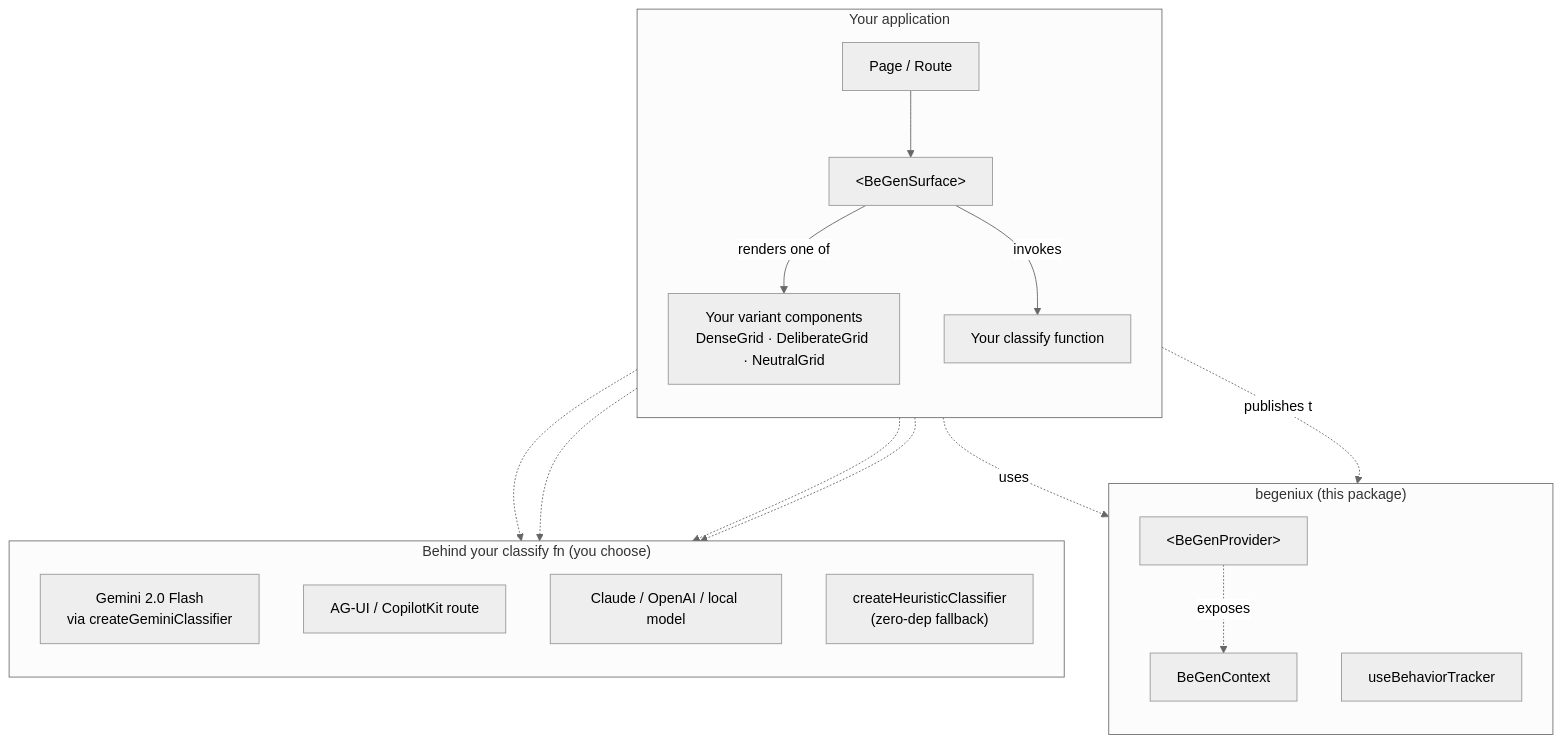
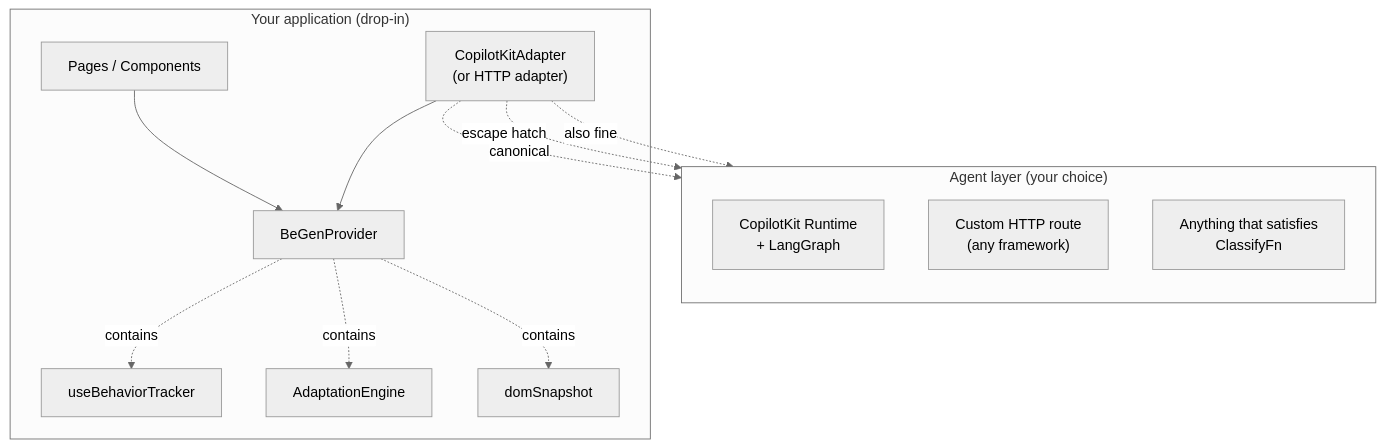
The third of 3 diagrams in README.md (WagnerAgent/BeGeniux), drawn with Mermaid (neutral theme) before and after one commit. The commit also changed other lines of this file and 228 other files, not shown here.

First line of the commit message:
feat(begeniux)!: redesign as drop-in adaptive UI engine (v0.2.0)

````diff
--- a/README.md
+++ b/README.md
@@ -79,36 +80,24 @@
 ```mermaid
 flowchart TB
-  subgraph YourApp["Your application"]
-    direction TB
-    Page["Page / Route"]
-    Variants["Your variant components<br/>DenseGrid · DeliberateGrid · NeutralGrid"]
-    Classify["Your classify function"]
-    Page --> Surface
-    Surface -->|renders one of| Variants
-    Surface -->|invokes| Classify
+  subgraph YourApp["Your application (drop-in)"]
+    Page["Pages / Components"]
+    Provider["BeGenProvider"]
+    Adapter["CopilotKitAdapter<br/>(or HTTP adapter)"]
+    Page --> Provider
+    Provider -.contains.-> Tracker["useBehaviorTracker"]
+    Provider -.contains.-> Engine["AdaptationEngine"]
+    Provider -.contains.-> Snapshot["domSnapshot"]
+    Adapter --> Provider
   end
 
-  subgraph Lib["begeniux (this package)"]
+  subgraph Stack["Agent layer (your choice)"]
     direction TB
-    Surface["&lt;BeGenSurface&gt;"]
-    Provider["&lt;BeGenProvider&gt;"]
-    Tracker["useBehaviorTracker"]
-    Ctx["BeGenContext"]
-    Surface -.uses.-> Tracker
-    Surface -.publishes to.-> Ctx
-    Provider -.exposes.-> Ctx
+    CK["CopilotKit Runtime<br/>+ LangGraph"]
+    HTTP["Custom HTTP route<br/>(any framework)"]
+    Other["Anything that satisfies<br/>ClassifyFn"]
   end
 
-  subgraph Policy["Behind your classify fn (you choose)"]
-    direction TB
-    Gemini["Gemini 2.0 Flash<br/>via createGeminiClassifier"]
-    AGUI["AG-UI / CopilotKit route"]
-    Anth["Claude / OpenAI / local model"]
-    Heur["createHeuristicClassifier<br/>(zero-dep fallback)"]
-  end
-
-  Classify -.-> Gemini
-  Classify -.-> AGUI
-  Classify -.-> Anth
-  Classify -.-> Heur
+  Adapter -.canonical.-> CK
+  Adapter -.escape hatch.-> HTTP
+  Adapter -.also fine.-> Other
 ```
````
